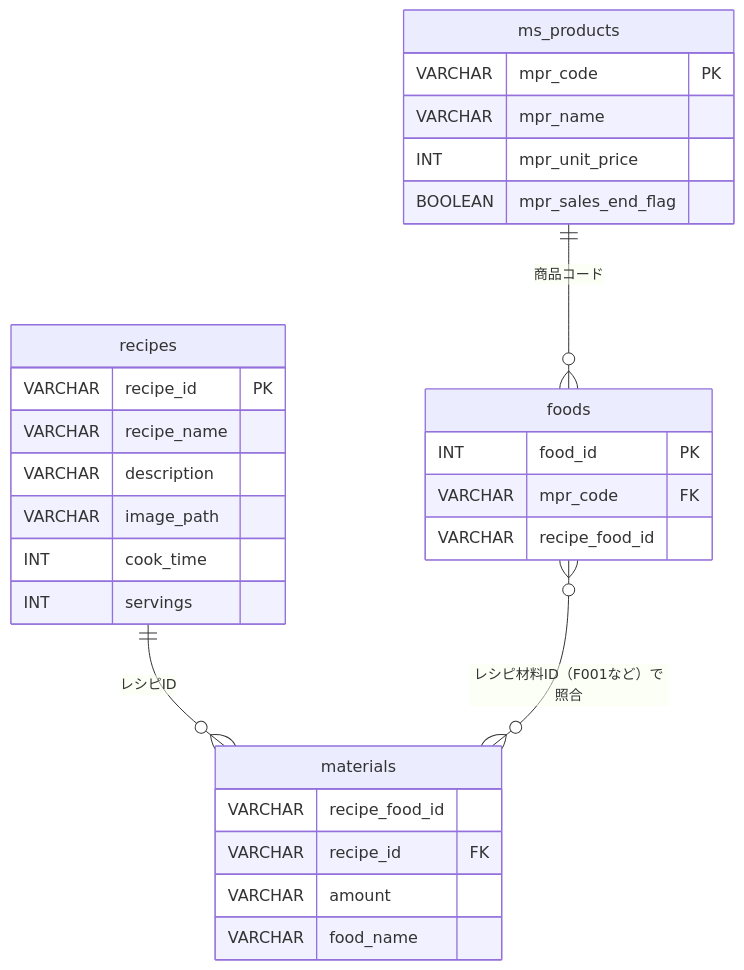
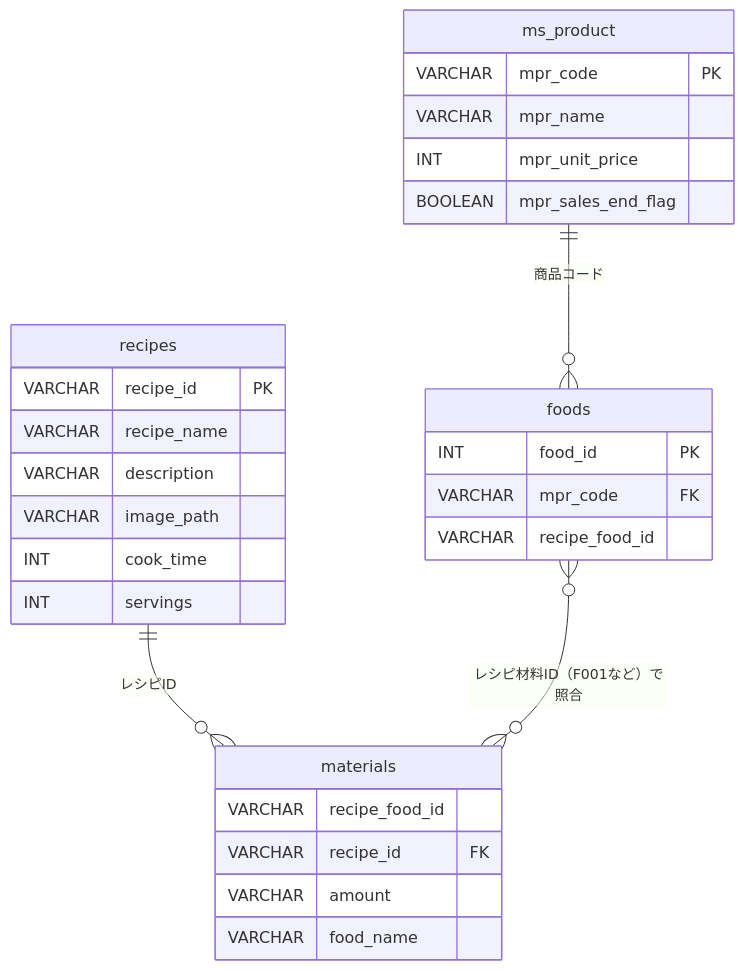
Before and after one commit to imaccho/recipe-db: the fourth of 4 diagrams in docs/仕様書.md, drawn with Mermaid. The commit also changed other lines of this file and 4 other files, not shown here.

````diff
--- a/docs/仕様書.md
+++ b/docs/仕様書.md
@@ -533,32 +534,32 @@
 ```mermaid
 erDiagram
-    ms_products ||--o{ foods : "商品コード"
+    ms_product ||--o{ foods : "商品コード"
     recipes ||--o{ materials : "レシピID"
     foods }o--o{ materials : "レシピ材料ID（F001など）で照合"
 
-    ms_products {
+    ms_product {
         VARCHAR mpr_code PK
         VARCHAR mpr_name
         INT mpr_unit_price
         BOOLEAN mpr_sales_end_flag
     }
     foods {
         INT food_id PK
         VARCHAR mpr_code FK
         VARCHAR recipe_food_id
     }
     recipes {
         VARCHAR recipe_id PK
         VARCHAR recipe_name
         VARCHAR description
         VARCHAR image_path
         INT cook_time
         INT servings
     }
     materials {
         VARCHAR recipe_food_id
         VARCHAR recipe_id FK
         VARCHAR amount
         VARCHAR food_name
     }
 ```
````
